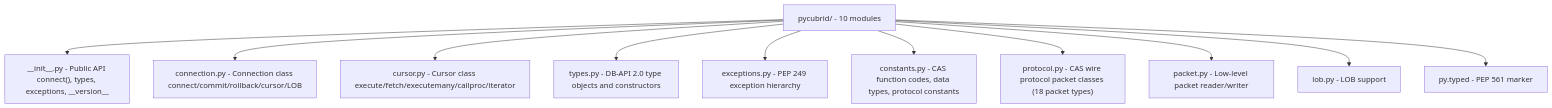
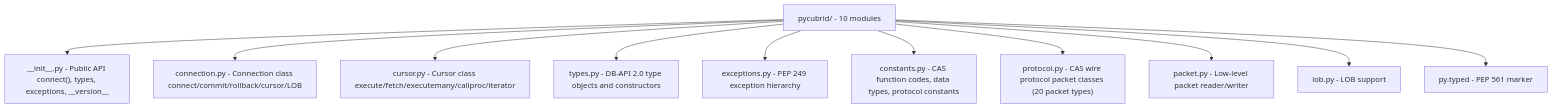
The first of 2 diagrams in docs/PRD.md (cubrid-lab/pycubrid), drawn with Mermaid before and after one commit. The commit also changed other lines of this file and 18 other files, not shown here.

First line of the commit message:
Make the scalar CAS packet contract safe before exposing prepared cursors

````diff
--- a/docs/PRD.md
+++ b/docs/PRD.md
@@ -66,25 +66,25 @@
 ```mermaid
 graph TD
     root[pycubrid/ - 10 modules]
     init["__init__.py - Public API connect(), types, exceptions, __version__"]
     connection[connection.py - Connection class connect/commit/rollback/cursor/LOB]
     cursor[cursor.py - Cursor class execute/fetch/executemany/callproc/iterator]
     types[types.py - DB-API 2.0 type objects and constructors]
     exceptions[exceptions.py - PEP 249 exception hierarchy]
     constants[constants.py - CAS function codes, data types, protocol constants]
-    protocol["protocol.py - CAS wire protocol packet classes (18 packet types)"]
+    protocol["protocol.py - CAS wire protocol packet classes (20 packet types)"]
     packet[packet.py - Low-level packet reader/writer]
     lob[lob.py - LOB support]
     typed[py.typed - PEP 561 marker]
 
     root --> init
     root --> connection
     root --> cursor
     root --> types
     root --> exceptions
     root --> constants
     root --> protocol
     root --> packet
     root --> lob
     root --> typed
 ```
````
